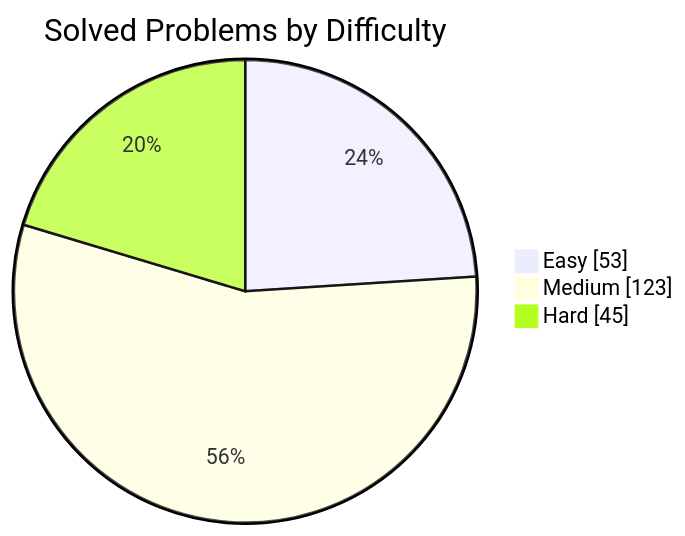
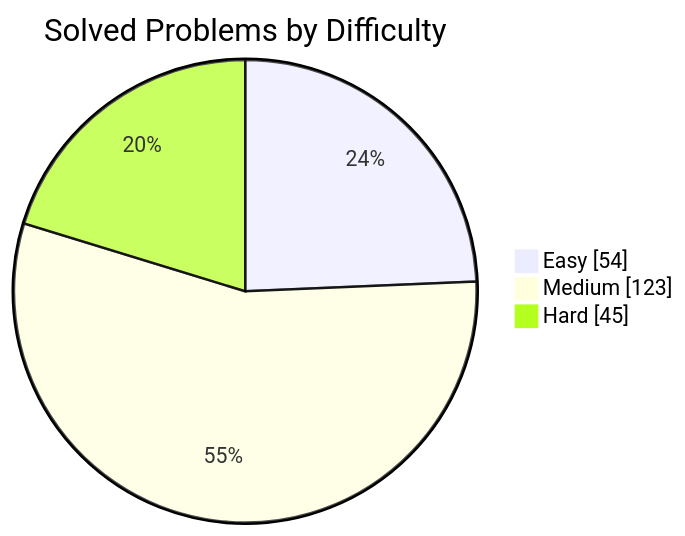
One commit to manikantbindass/DSA-Preparation-FAANG changed the first of 2 diagrams in README.md. Above: the diagram before and after it, drawn with Mermaid. The commit also changed other lines of this file and 1 other file, not shown here.

````diff
--- a/README.md
+++ b/README.md
@@ -40,7 +40,7 @@
 ```mermaid
 pie showData
     title Solved Problems by Difficulty
-    "Easy" : 53
+    "Easy" : 54
     "Medium" : 123
     "Hard" : 45
 ```
````
